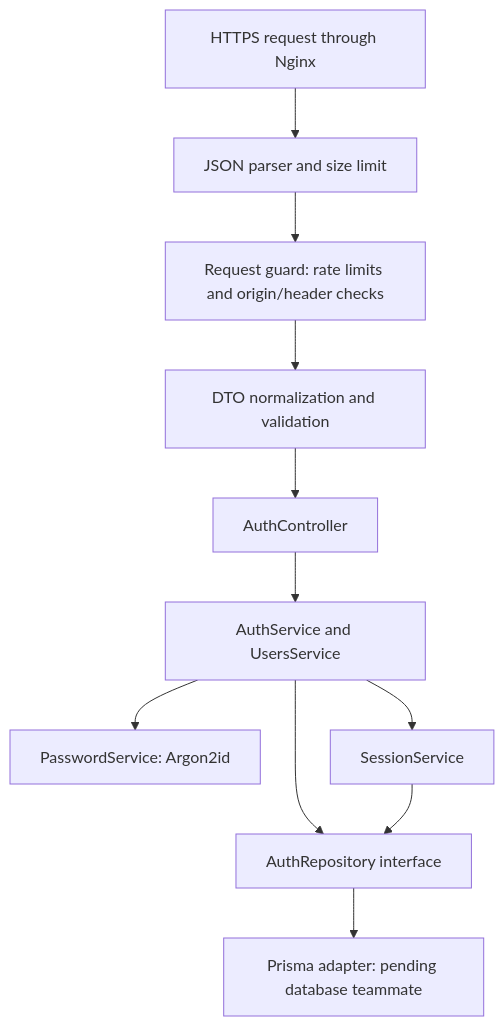
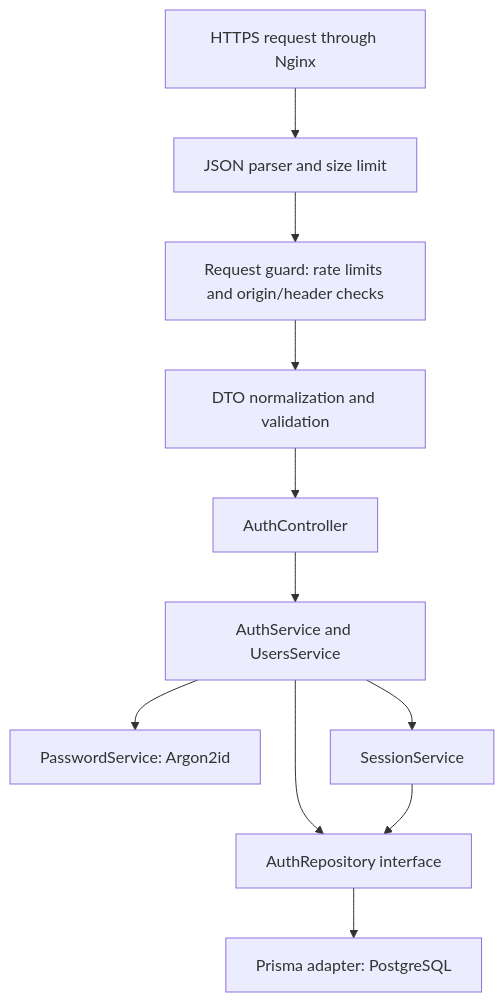
One commit to bartek3058/ft_transcendence changed the diagram in docs/auth-stage-two.md. Above: the diagram before and after it, drawn with Mermaid. The commit also changed other lines of this file and 26 other files, not shown here.

````diff
--- a/docs/auth-stage-two.md
+++ b/docs/auth-stage-two.md
@@ -9,13 +9,13 @@
 ```mermaid
 flowchart TD
     A[HTTPS request through Nginx] --> B[JSON parser and size limit]
     B --> C[Request guard: rate limits and origin/header checks]
     C --> D[DTO normalization and validation]
     D --> E[AuthController]
     E --> F[AuthService and UsersService]
     F --> G[PasswordService: Argon2id]
     F --> H[SessionService]
     F --> I[AuthRepository interface]
     H --> I
-    I --> J[Prisma adapter: pending database teammate]
+    I --> J[Prisma adapter: PostgreSQL]
 ```
````
